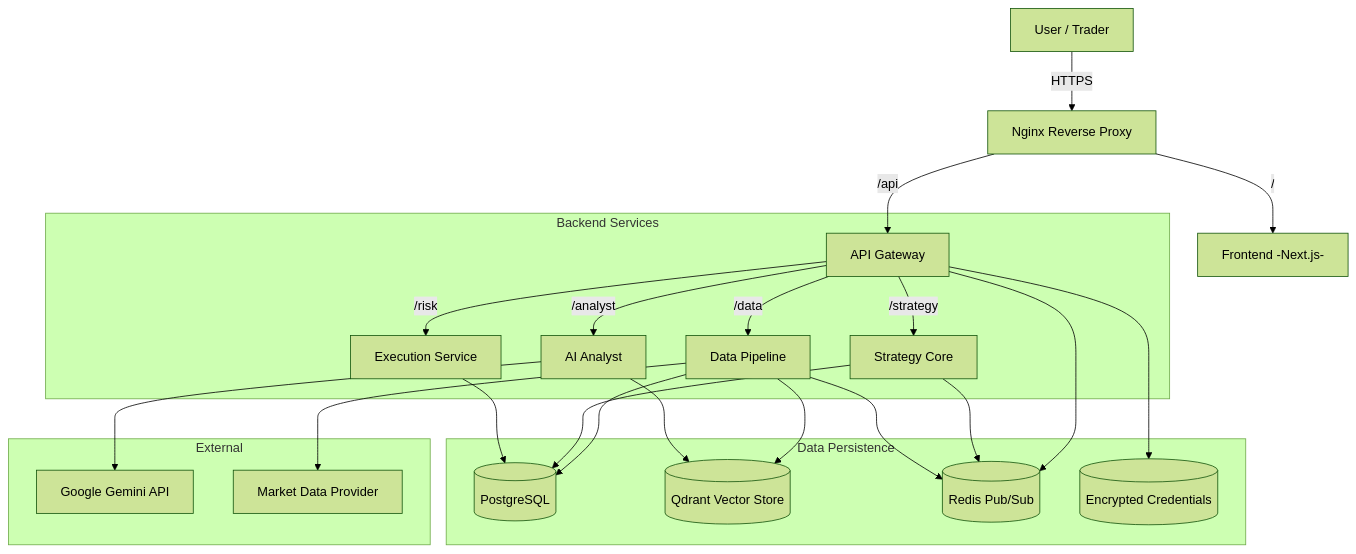
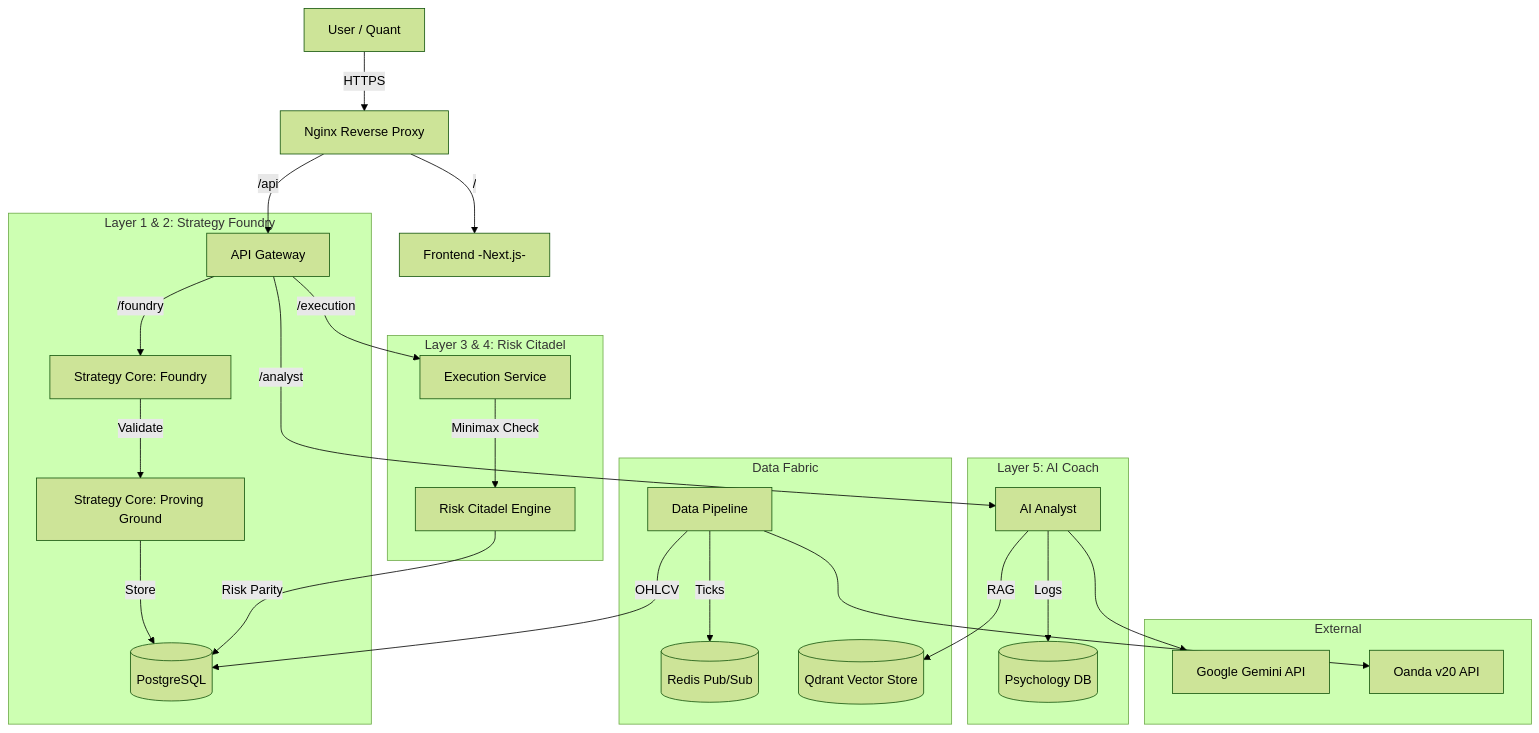
The diagram in specs/01_architecture.md (damrongsak/mtf-trading-system), drawn with Mermaid (forest theme) before and after one commit. The commit also changed other lines of this file and 25 other files, not shown here.

Commit message:
feat: Implement Olympus Phase 1 & 2 (DB Migration, Strategy Foundry)

````diff
--- a/specs/01_architecture.md
+++ b/specs/01_architecture.md
@@ -9,30 +9,34 @@
 ```mermaid
 graph TD
-    User[User / Trader] -->|HTTPS| Nginx[Nginx Reverse Proxy]
+    User[User / Quant] -->|HTTPS| Nginx[Nginx Reverse Proxy]
     Nginx -->|/api| Gateway[API Gateway]
     Nginx -->|/| Frontend[Frontend -Next.js-]
 
-    subgraph "Backend Services"
-        Gateway -->|/risk| Execution[Execution Service]
-        Gateway -->|/strategy| Strategy[Strategy Core]
-        Gateway -->|/analyst| AI[AI Analyst]
-        Gateway -->|/data| Data[Data Pipeline]
+    subgraph "Layer 1 & 2: Strategy Foundry"
+        Gateway -->|/foundry| Foundry[Strategy Core: Foundry]
+        Foundry -->|Validate| ProvingGround[Strategy Core: Proving Ground]
+        ProvingGround -->|Store| DB[(PostgreSQL)]
     end
 
-    subgraph "Data Persistence"
-        Execution --> DB[(PostgreSQL)]
-        Strategy --> DB
-        Data --> DB
-        AI --> Qdrant[(Qdrant Vector Store)]
-        Data --> Qdrant
-        Data --> Redis[(Redis Pub/Sub)]
-        Strategy --> Redis
-        Gateway --> Redis
-        Gateway --> Vault[(Encrypted Credentials)]
+    subgraph "Layer 3 & 4: Risk Citadel"
+        Gateway -->|/execution| Execution[Execution Service]
+        Execution -->|Minimax Check| Citadel[Risk Citadel Engine]
+        Citadel -->|Risk Parity| DB
+    end
+
+    subgraph "Layer 5: AI Coach"
+        Gateway -->|/analyst| AI[AI Analyst]
+        AI -->|Logs| MentalDB[(Psychology DB)]
+    end
+
+    subgraph "Data Fabric"
+        Data[Data Pipeline] -->|Ticks| Redis[(Redis Pub/Sub)]
+        Data -->|OHLCV| DB
+        AI -->|RAG| Qdrant[(Qdrant Vector Store)]
     end
 
     subgraph "External"
         AI --> Gemini[Google Gemini API]
-        Data --> MarketData[Market Data Provider]
+        Data --> Oanda[Oanda v20 API]
     end
 ```
````
